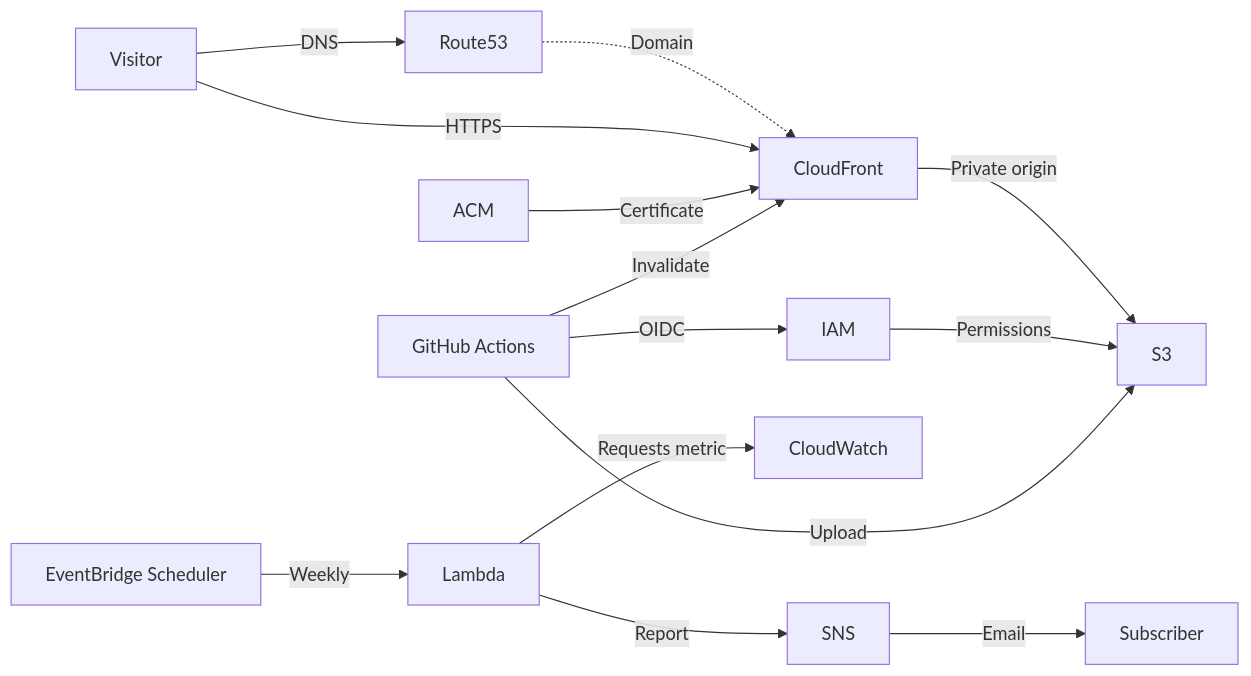
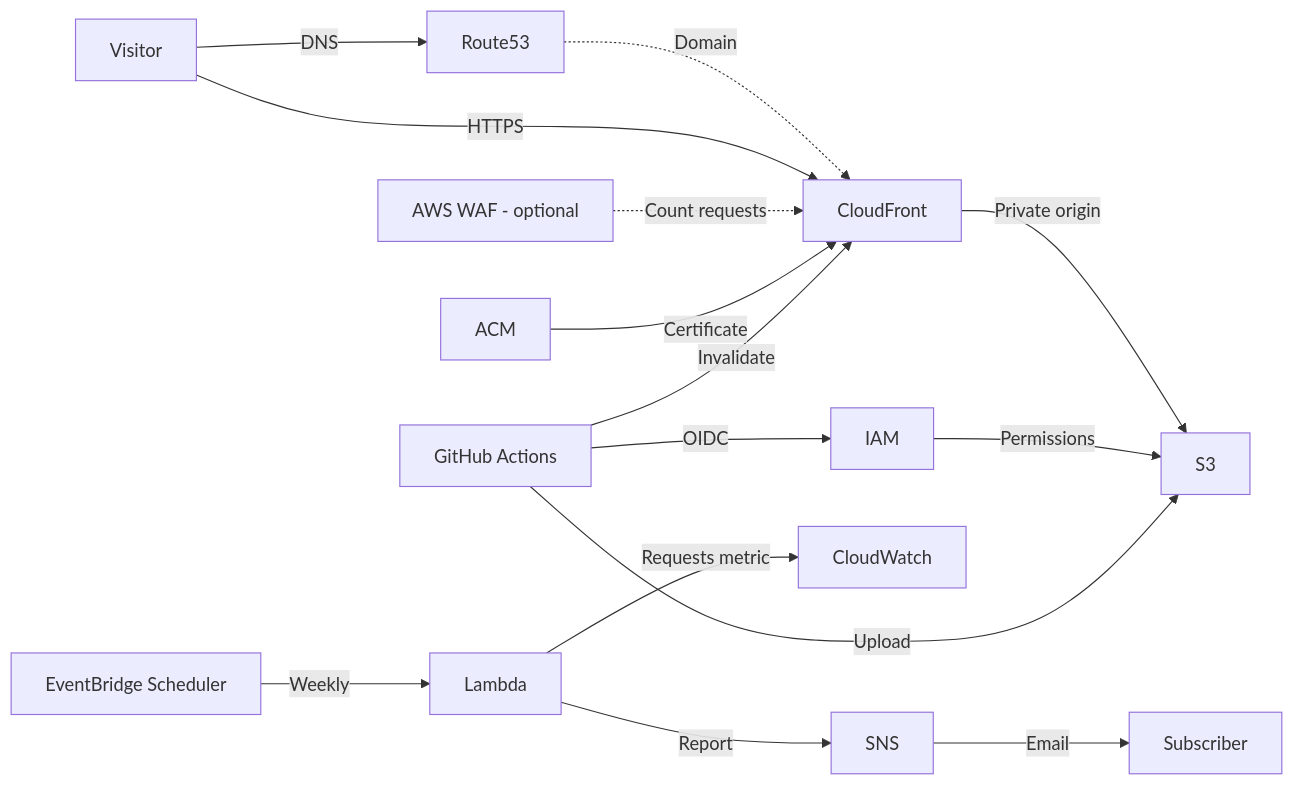
One commit to KFrost533/infra-s3-portfolio changed the diagram in README.md. Above: the diagram before and after it, drawn with Mermaid. The commit also changed other lines of this file and 13 other files, not shown here.

Commit message:
feat: add optional AWS WAF configuration for CloudFront with metrics tracking

````diff
--- a/README.md
+++ b/README.md
@@ -3,16 +3,17 @@
 ```mermaid
 flowchart LR
     Visitor -->|DNS| Route53
     Route53 -.->|Domain| CloudFront
     Visitor -->|HTTPS| CloudFront
+    WAF[AWS WAF - optional] -.->|Count requests| CloudFront
     ACM -->|Certificate| CloudFront
     CloudFront -->|Private origin| S3
     GitHub[GitHub Actions] -->|OIDC| IAM
     IAM -->|Permissions| S3
     GitHub -->|Upload| S3
     GitHub -->|Invalidate| CloudFront
     Scheduler[EventBridge Scheduler] -->|Weekly| Lambda
     Lambda -->|Requests metric| CloudWatch
     Lambda -->|Report| SNS
     SNS -->|Email| Subscriber
 ```
````
